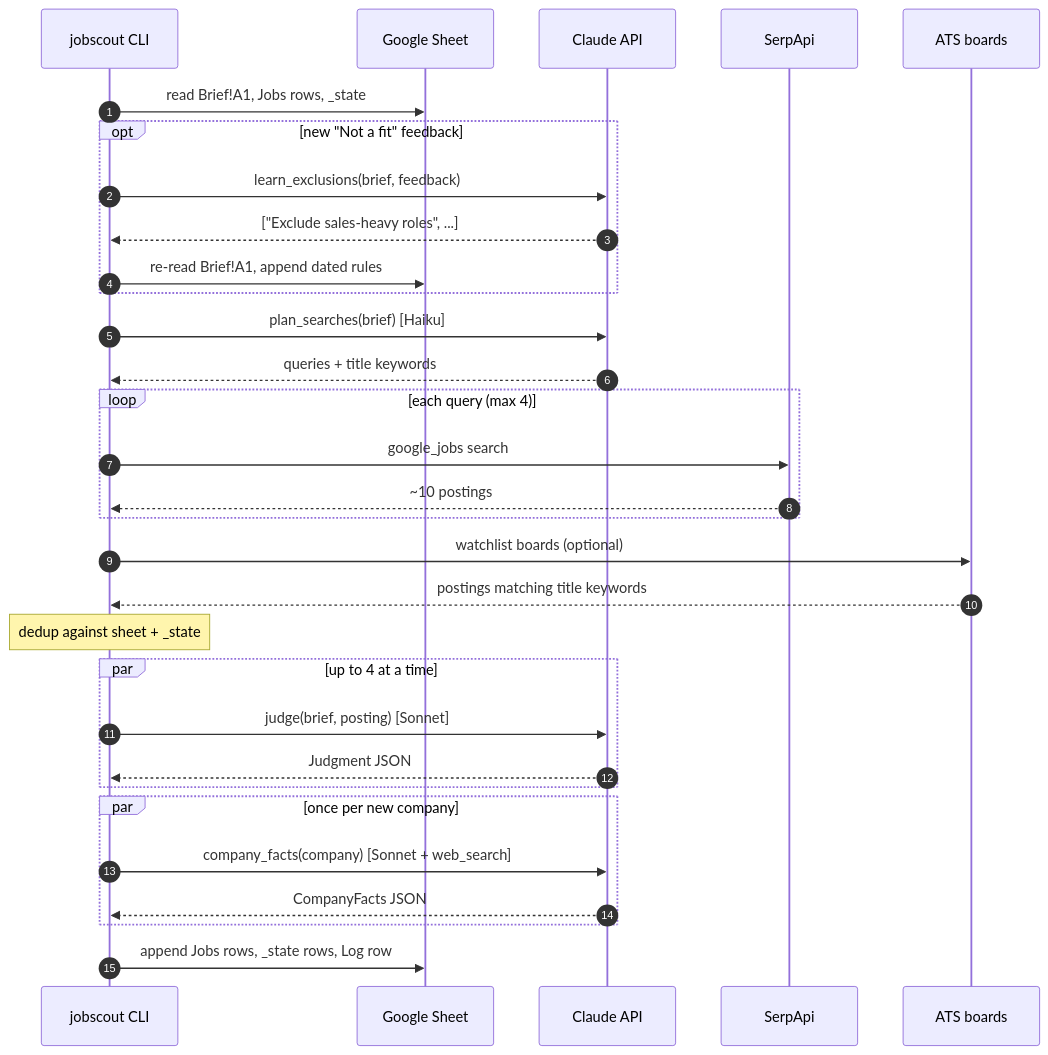
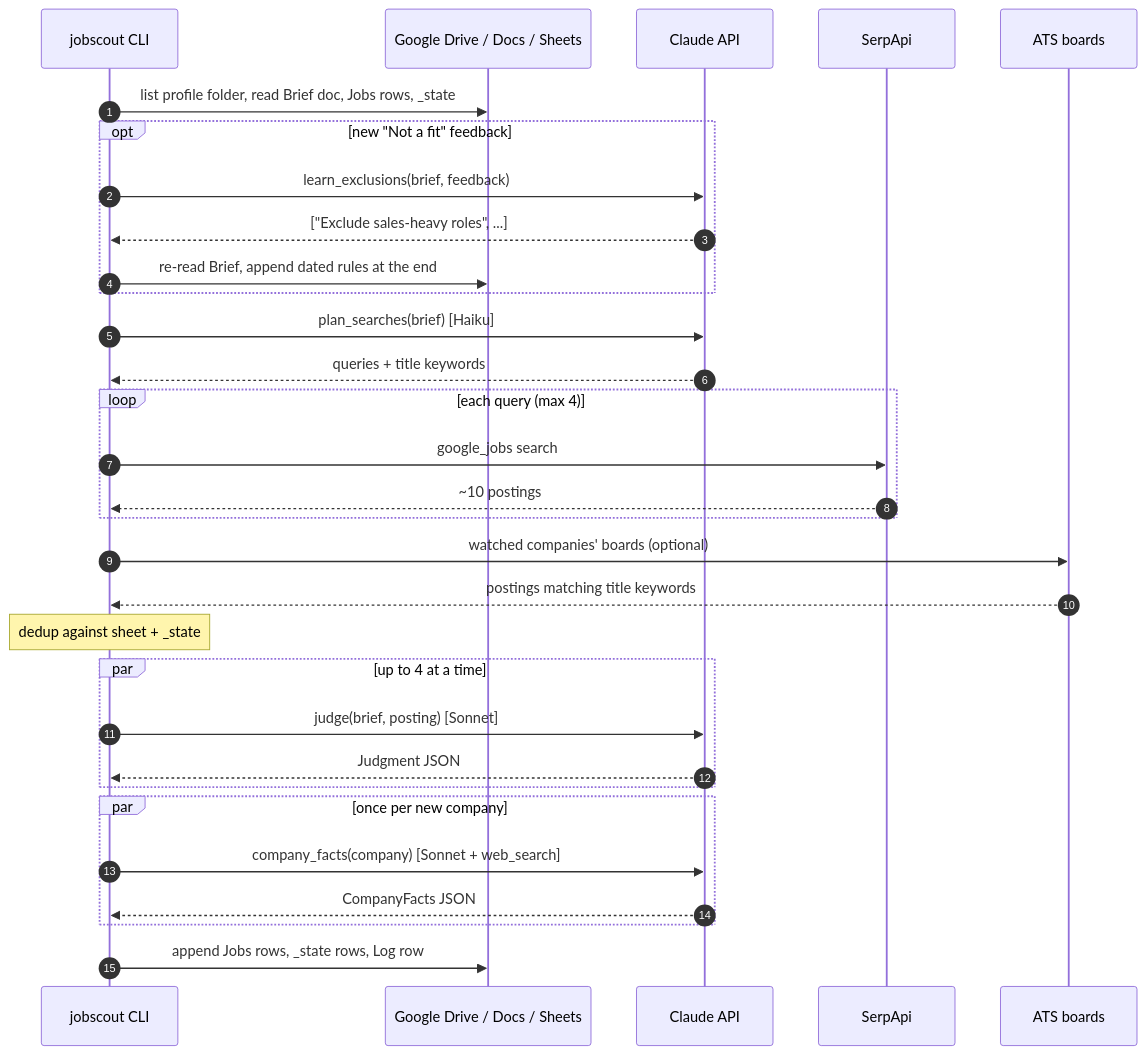
One commit to juliavasan/job-scout changed the third of 5 diagrams in docs/ARCHITECTURE.md. Above: the diagram before and after it, drawn with Mermaid. The commit also changed other lines of this file and 12 other files, not shown here.

First line of the commit message:
Switch to Drive folder layout with a least-privilege service account

````diff
--- a/docs/ARCHITECTURE.md
+++ b/docs/ARCHITECTURE.md
@@ -76,34 +85,34 @@
 ```mermaid
 sequenceDiagram
     autonumber
     participant CLI as jobscout CLI
-    participant SH as Google Sheet
+    participant G as Google Drive / Docs / Sheets
     participant C as Claude API
     participant SA as SerpApi
     participant ATS as ATS boards
 
-    CLI->>SH: read Brief!A1, Jobs rows, _state
+    CLI->>G: list profile folder, read Brief doc, Jobs rows, _state
     opt new "Not a fit" feedback
         CLI->>C: learn_exclusions(brief, feedback)
         C-->>CLI: ["Exclude sales-heavy roles", ...]
-        CLI->>SH: re-read Brief!A1, append dated rules
+        CLI->>G: re-read Brief, append dated rules at the end
     end
     CLI->>C: plan_searches(brief) [Haiku]
     C-->>CLI: queries + title keywords
     loop each query (max 4)
         CLI->>SA: google_jobs search
         SA-->>CLI: ~10 postings
     end
-    CLI->>ATS: watchlist boards (optional)
+    CLI->>ATS: watched companies' boards (optional)
     ATS-->>CLI: postings matching title keywords
     Note over CLI: dedup against sheet + _state
     par up to 4 at a time
         CLI->>C: judge(brief, posting) [Sonnet]
         C-->>CLI: Judgment JSON
     end
     par once per new company
         CLI->>C: company_facts(company) [Sonnet + web_search]
         C-->>CLI: CompanyFacts JSON
     end
-    CLI->>SH: append Jobs rows, _state rows, Log row
+    CLI->>G: append Jobs rows, _state rows, Log row
 ```
````
